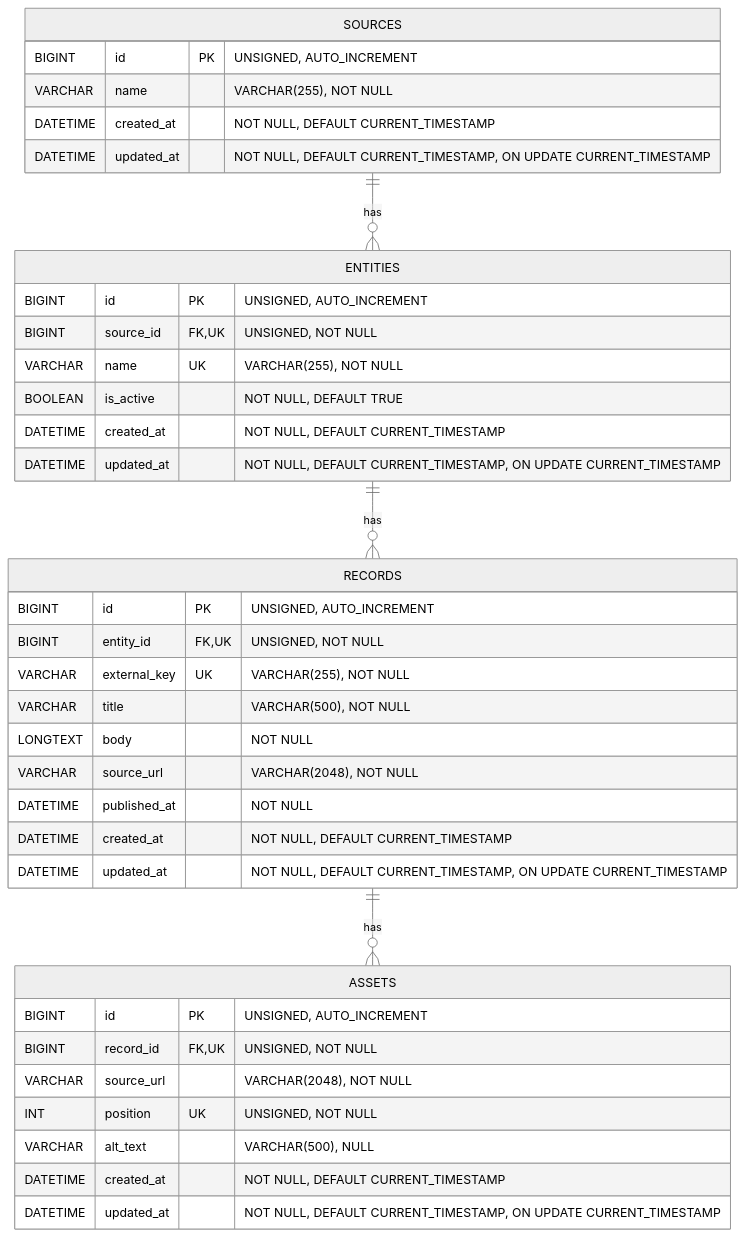
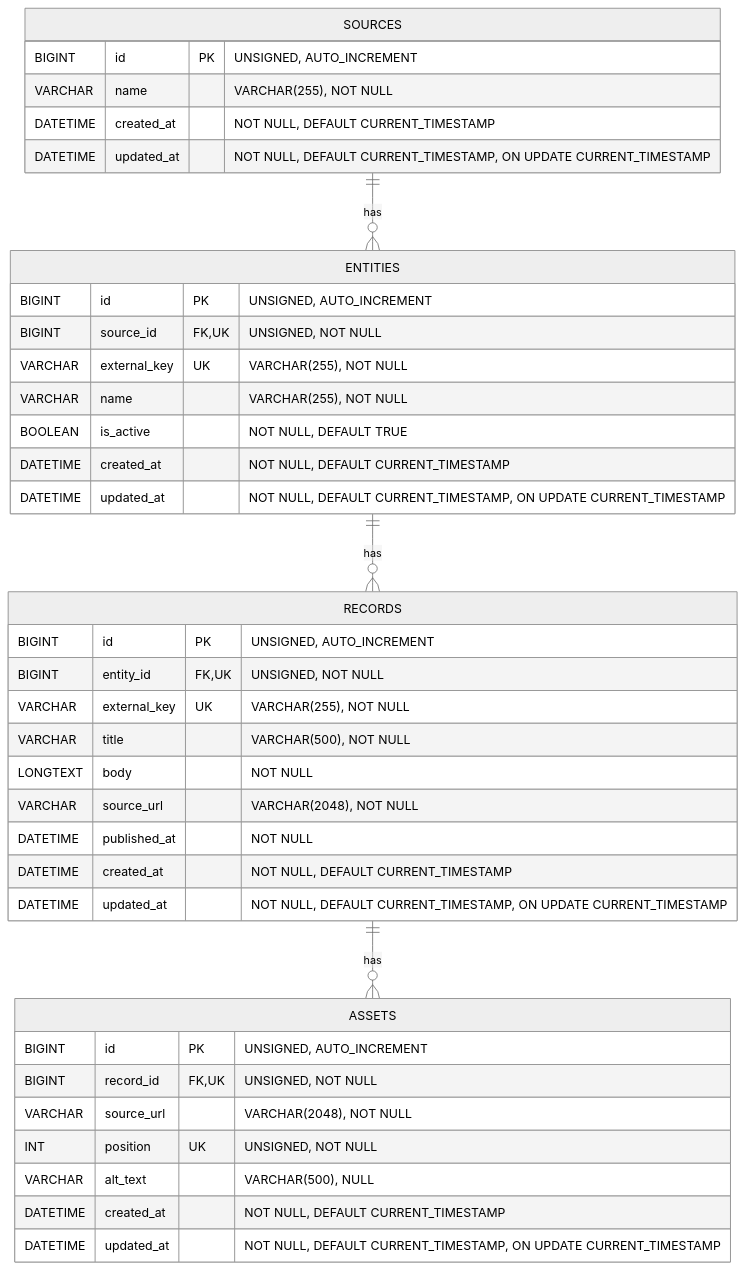
The diagram in docs/db/er-diagram.md (kishimin/slope-collector), drawn with Mermaid (neutral theme) before and after one commit. The commit also changed other lines of this file and 5 other files, not shown here.

````diff
--- a/docs/db/er-diagram.md
+++ b/docs/db/er-diagram.md
@@ -3,44 +3,45 @@
 ```mermaid
 erDiagram
     SOURCES ||--o{ ENTITIES : has
     ENTITIES ||--o{ RECORDS : has
     RECORDS ||--o{ ASSETS : has
 
     SOURCES {
         BIGINT id PK "UNSIGNED, AUTO_INCREMENT"
         VARCHAR name "VARCHAR(255), NOT NULL"
         DATETIME created_at "NOT NULL, DEFAULT CURRENT_TIMESTAMP"
         DATETIME updated_at "NOT NULL, DEFAULT CURRENT_TIMESTAMP, ON UPDATE CURRENT_TIMESTAMP"
     }
 
     ENTITIES {
         BIGINT id PK "UNSIGNED, AUTO_INCREMENT"
         BIGINT source_id FK,UK "UNSIGNED, NOT NULL"
-        VARCHAR name UK "VARCHAR(255), NOT NULL"
+        VARCHAR external_key UK "VARCHAR(255), NOT NULL"
+        VARCHAR name "VARCHAR(255), NOT NULL"
         BOOLEAN is_active "NOT NULL, DEFAULT TRUE"
         DATETIME created_at "NOT NULL, DEFAULT CURRENT_TIMESTAMP"
         DATETIME updated_at "NOT NULL, DEFAULT CURRENT_TIMESTAMP, ON UPDATE CURRENT_TIMESTAMP"
     }
 
     RECORDS {
         BIGINT id PK "UNSIGNED, AUTO_INCREMENT"
         BIGINT entity_id FK,UK "UNSIGNED, NOT NULL"
         VARCHAR external_key UK "VARCHAR(255), NOT NULL"
         VARCHAR title "VARCHAR(500), NOT NULL"
         LONGTEXT body "NOT NULL"
         VARCHAR source_url "VARCHAR(2048), NOT NULL"
         DATETIME published_at "NOT NULL"
         DATETIME created_at "NOT NULL, DEFAULT CURRENT_TIMESTAMP"
         DATETIME updated_at "NOT NULL, DEFAULT CURRENT_TIMESTAMP, ON UPDATE CURRENT_TIMESTAMP"
     }
 
     ASSETS {
         BIGINT id PK "UNSIGNED, AUTO_INCREMENT"
         BIGINT record_id FK,UK "UNSIGNED, NOT NULL"
         VARCHAR source_url "VARCHAR(2048), NOT NULL"
         INT position UK "UNSIGNED, NOT NULL"
         VARCHAR alt_text "VARCHAR(500), NULL"
         DATETIME created_at "NOT NULL, DEFAULT CURRENT_TIMESTAMP"
         DATETIME updated_at "NOT NULL, DEFAULT CURRENT_TIMESTAMP, ON UPDATE CURRENT_TIMESTAMP"
     }
 ```
````
